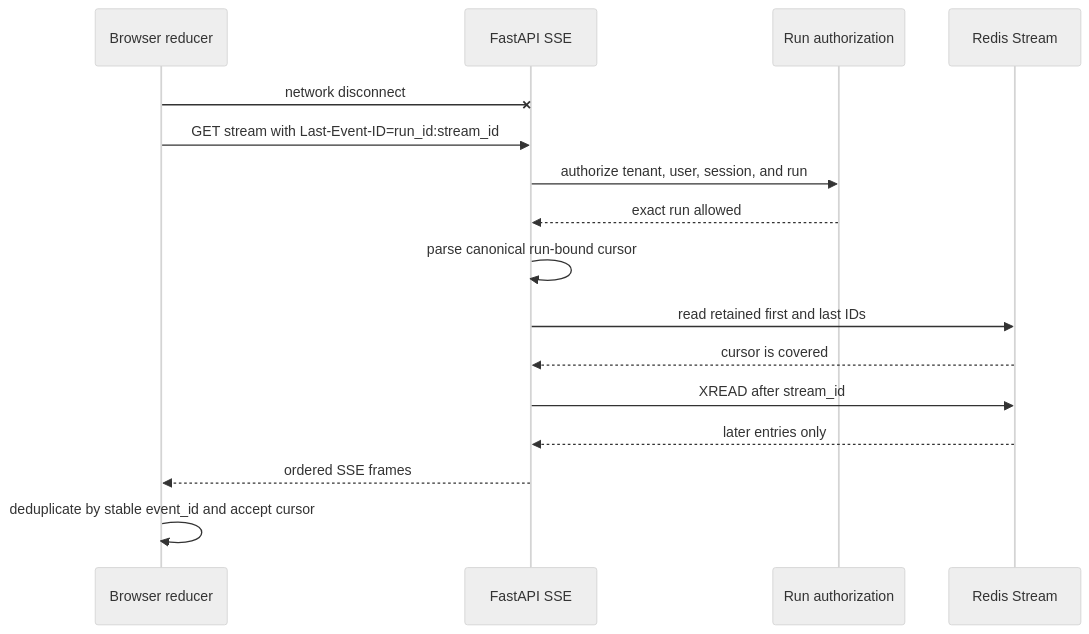
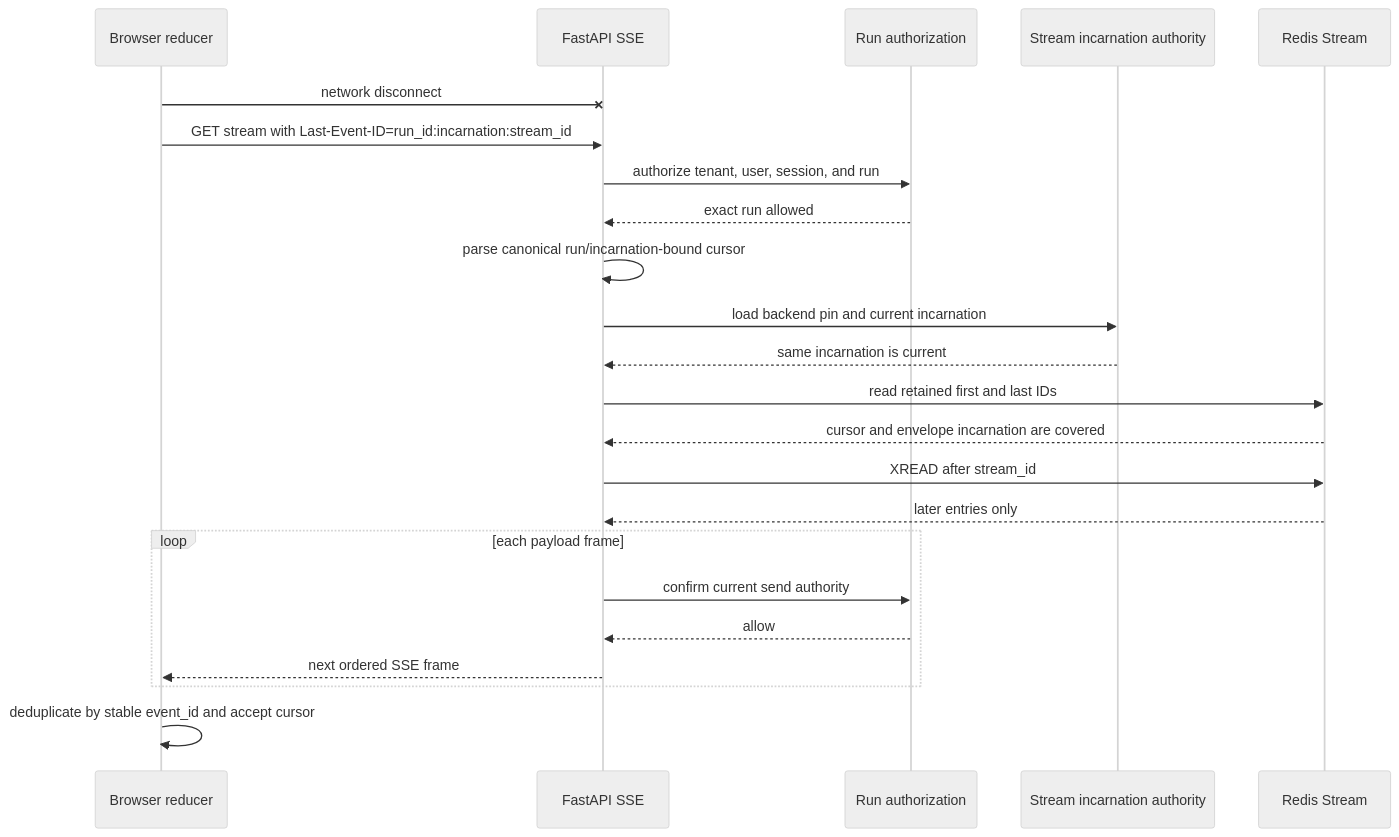
Before and after one commit to demonsxxxxxx/ai-platform: the third of 7 diagrams in docs/architecture/redis-streams-sse-event-channel.md, drawn with Mermaid (neutral theme). The commit also changed other lines of this file and 1 other file, not shown here.

Commit message:
docs: fence SSE replay by stream incarnation

````diff
--- a/docs/architecture/redis-streams-sse-event-channel.md
+++ b/docs/architecture/redis-streams-sse-event-channel.md
@@ -242,19 +248,26 @@
 ```mermaid
 sequenceDiagram
     participant B as Browser reducer
     participant A as FastAPI SSE
     participant Auth as Run authorization
+    participant PG as Stream incarnation authority
     participant R as Redis Stream
 
     B-xA: network disconnect
-    B->>A: GET stream with Last-Event-ID=run_id:stream_id
+    B->>A: GET stream with Last-Event-ID=run_id:incarnation:stream_id
     A->>Auth: authorize tenant, user, session, and run
     Auth-->>A: exact run allowed
-    A->>A: parse canonical run-bound cursor
+    A->>A: parse canonical run/incarnation-bound cursor
+    A->>PG: load backend pin and current incarnation
+    PG-->>A: same incarnation is current
     A->>R: read retained first and last IDs
-    R-->>A: cursor is covered
+    R-->>A: cursor and envelope incarnation are covered
     A->>R: XREAD after stream_id
     R-->>A: later entries only
-    A-->>B: ordered SSE frames
+    loop each payload frame
+        A->>Auth: confirm current send authority
+        Auth-->>A: allow
+        A-->>B: next ordered SSE frame
+    end
     B->>B: deduplicate by stable event_id and accept cursor
 ```
````
